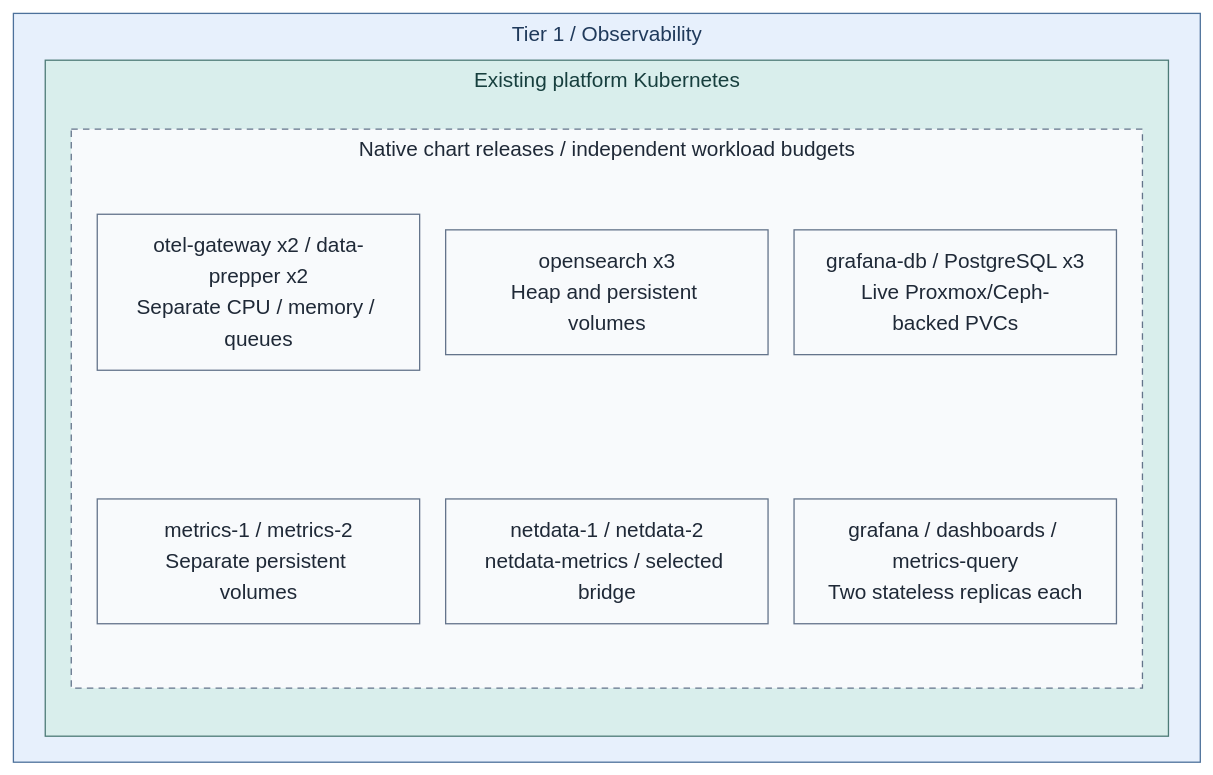
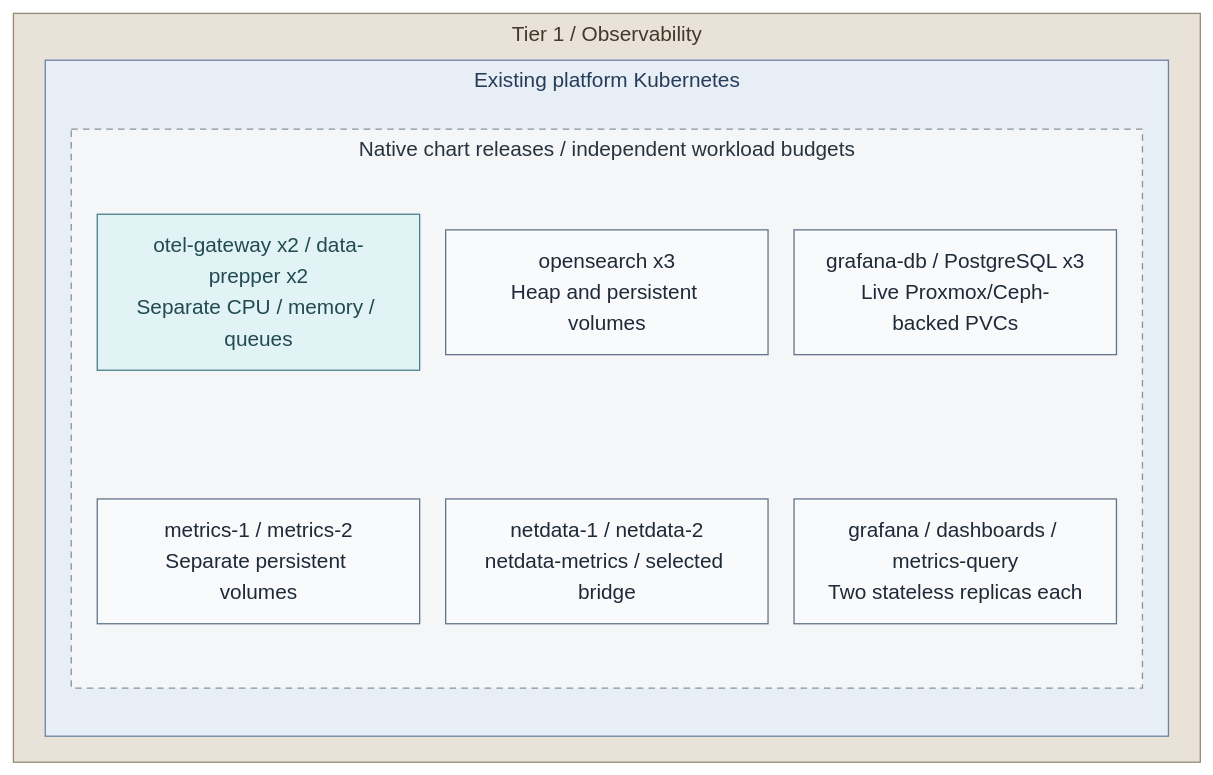
One commit to Rexus/homelab changed the first of 4 diagrams in docs/03-deployment/stage-8-observability/README.md. Above: the diagram before and after it, drawn with Mermaid. The commit also changed other lines of this file and 108 other files, not shown here.

Commit message:
docs(diagrams): unify visual language and opening views

````diff
--- a/docs/03-deployment/stage-8-observability/README.md
+++ b/docs/03-deployment/stage-8-observability/README.md
@@ -19,27 +19,31 @@
 ```mermaid
 %%{init: {"theme":"base","flowchart":{"nodeSpacing":20,"rankSpacing":24,"padding":12,"subGraphTitleMargin":{"top":4,"bottom":12}},"themeVariables":{"lineColor":"#627581","edgeLabelBackground":"#f8fafc"}}}%%
 flowchart TB
   subgraph T1["Tier 1 / Observability"]
     subgraph Cluster["Existing platform Kubernetes"]
       subgraph Project["Native chart releases / independent workload budgets"]
         direction TB
         Gateways["otel-gateway x2 / data-prepper x2<br/>Separate CPU / memory / queues"]
         Metrics["metrics-1 / metrics-2<br/>Separate persistent volumes"]
         Search["opensearch x3<br/>Heap and persistent volumes"]
         Diagnostics["netdata-1 / netdata-2<br/>netdata-metrics / selected bridge"]
         Database["grafana-db / PostgreSQL x3<br/>Live Proxmox/Ceph-backed PVCs"]
         UIs["grafana / dashboards / metrics-query<br/>Two stateless replicas each"]
         Gateways ~~~ Metrics
         Search ~~~ Diagnostics
         Database ~~~ UIs
       end
     end
   end
   classDef default fill:#f8fafc,stroke:#64748b,color:#1f2937
   classDef services fill:#e7f0fc,stroke:#4d719b,color:#203a5b
   classDef runtime fill:#d9eeec,stroke:#4d7b77,color:#173f3e
-  classDef replicas fill:#f8fafc,stroke:#64748b,color:#1f2937,stroke-dasharray:5 4
-  class T1 services
-  class Cluster runtime
+  classDef replicas fill:#f5f6f7,stroke:#89939e,color:#273340,stroke-dasharray:5 4
   class Project replicas
+  classDef kubernetes fill:#e8eef6,stroke:#6b83a3,color:#263d59
+  class Cluster kubernetes
+  classDef traffic fill:#e1f3f5,stroke:#4c7f88,color:#214a52
+  class Gateways traffic
+  classDef tier1 fill:#e9e2d8,stroke:#968976,color:#44382a
+  class T1 tier1
 ```
````
